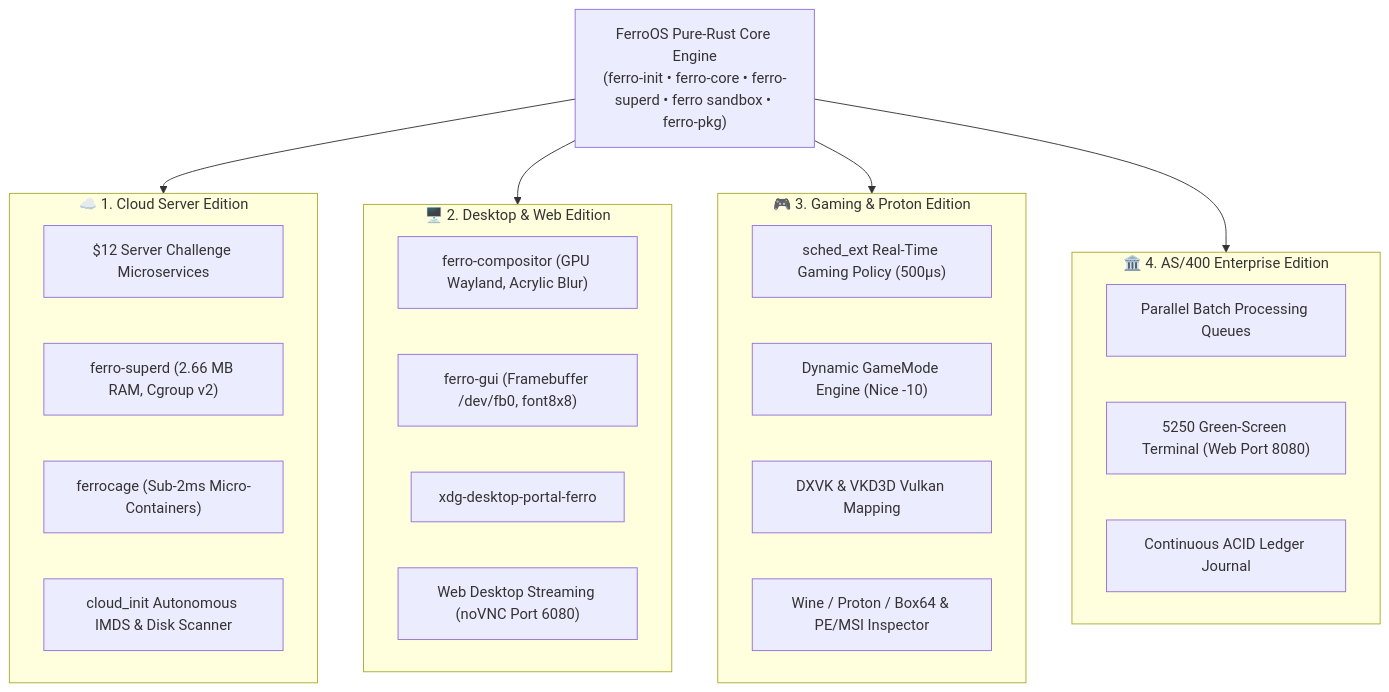
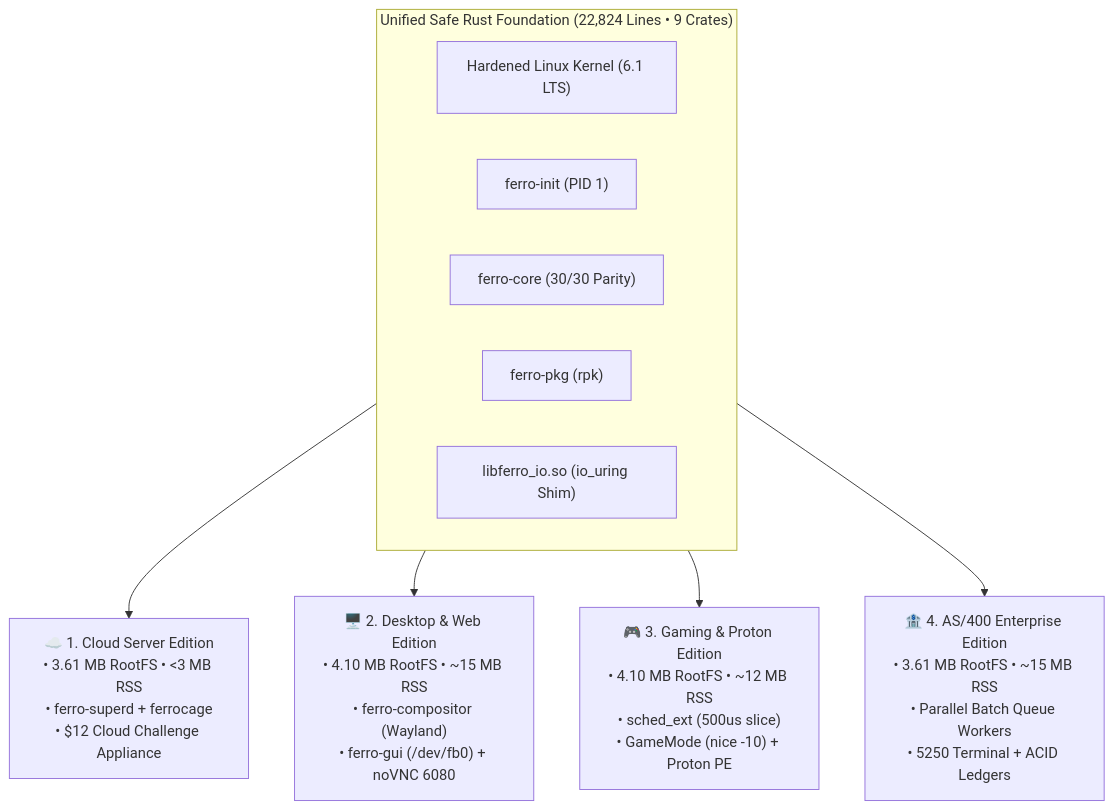
The diagram in README.md (Praveen-1308/ferro-os), drawn with Mermaid before and after one commit. The commit also changed other lines of this file and 21 other files, not shown here.

````diff
--- a/README.md
+++ b/README.md
@@ -133,36 +78,15 @@
 ```mermaid
-flowchart TD
-    CORE["FerroOS Pure-Rust Core Engine\n(ferro-init • ferro-core • ferro-superd • ferro sandbox • ferro-pkg)"]
-
-    subgraph E1 ["☁️ 1. Cloud Server Edition"]
-        C_SVC["$12 Server Challenge Microservices"]
-        C_SUPER["ferro-superd (2.66 MB RAM, Cgroup v2)"]
-        C_CAGE["ferrocage (Sub-2ms Micro-Containers)"]
-        C_IMDS["cloud_init Autonomous IMDS & Disk Scanner"]
+graph TD
+    subgraph Foundation ["Unified Safe Rust Foundation (22,824 Lines • 9 Crates)"]
+        Kernel["Hardened Linux Kernel (6.1 LTS)"]
+        Init["ferro-init (PID 1)"]
+        Core["ferro-core (30/30 Parity)"]
+        Pkg["ferro-pkg (rpk)"]
+        IO["libferro_io.so (io_uring Shim)"]
     end
 
-    subgraph E2 ["🖥️ 2. Desktop & Web Edition"]
-        D_COMP["ferro-compositor (GPU Wayland, Acrylic Blur)"]
-        D_GUI["ferro-gui (Framebuffer /dev/fb0, font8x8)"]
-        D_PORTAL["xdg-desktop-portal-ferro"]
-        D_WEB["Web Desktop Streaming (noVNC Port 6080)"]
-    end
-
-    subgraph E3 ["🎮 3. Gaming & Proton Edition"]
-        G_SCHED["sched_ext Real-Time Gaming Policy (500µs)"]
-        G_MODE["Dynamic GameMode Engine (Nice -10)"]
-        G_VULKAN["DXVK & VKD3D Vulkan Mapping"]
-        G_WINE["Wine / Proton / Box64 & PE/MSI Inspector"]
-    end
-
-    subgraph E4 ["🏛️ 4. AS/400 Enterprise Edition"]
-        A_BATCH["Parallel Batch Processing Queues"]
-        A_5250["5250 Green-Screen Terminal (Web Port 8080)"]
-        A_LEDGER["Continuous ACID Ledger Journal"]
-    end
-
-    CORE --> E1
-    CORE --> E2
-    CORE --> E3
-    CORE --> E4
+    Foundation --> Cloud["☁️ 1. Cloud Server Edition<br/>• 3.61 MB RootFS • <3 MB RSS<br/>• ferro-superd + ferrocage<br/>• $12 Cloud Challenge Appliance"]
+    Foundation --> Desktop["🖥️ 2. Desktop & Web Edition<br/>• 4.10 MB RootFS • ~15 MB RSS<br/>• ferro-compositor (Wayland)<br/>• ferro-gui (/dev/fb0) + noVNC 6080"]
+    Foundation --> Gaming["🎮 3. Gaming & Proton Edition<br/>• 4.10 MB RootFS • ~12 MB RSS<br/>• sched_ext (500us slice)<br/>• GameMode (nice -10) + Proton PE"]
+    Foundation --> AS400["🏦 4. AS/400 Enterprise Edition<br/>• 3.61 MB RootFS • ~15 MB RSS<br/>• Parallel Batch Queue Workers<br/>• 5250 Terminal + ACID Ledgers"]
 ```
````
